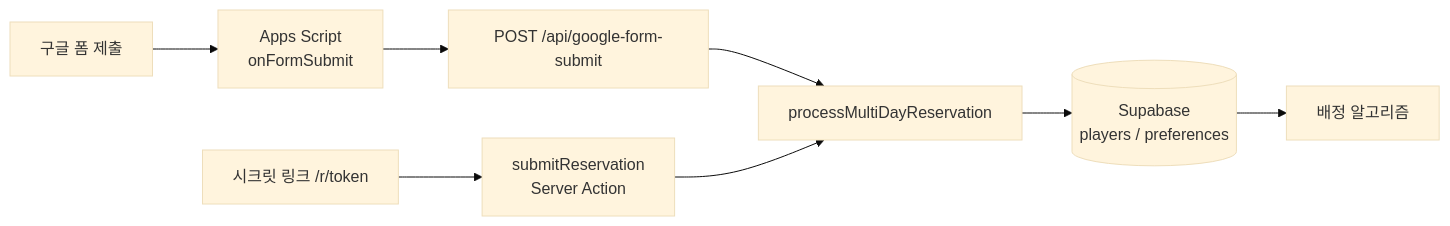
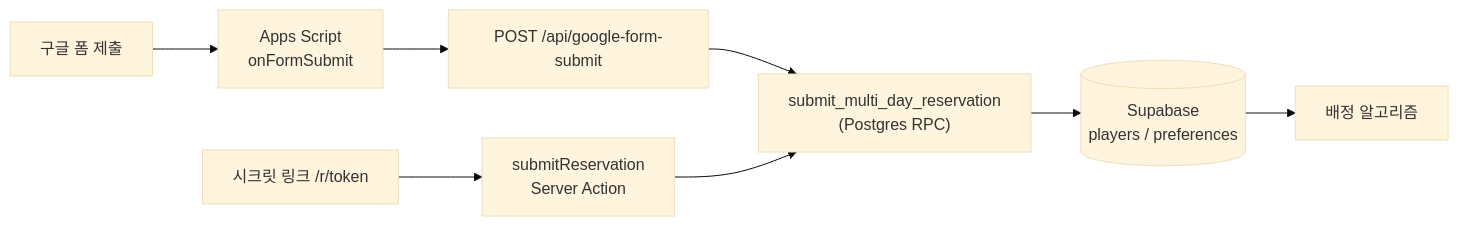
One commit to SxxM131/wos1234 changed the eighth of 8 diagrams in docs/RESERVATION_SYSTEM.md. Above: the diagram before and after it, drawn with Mermaid (base theme). The commit also changed other lines of this file and 3 other files, not shown here.

First line of the commit message:
Update docs: Google Form email collection + RPC submit + audit_log

````diff
--- a/docs/RESERVATION_SYSTEM.md
+++ b/docs/RESERVATION_SYSTEM.md
@@ -554,10 +580,10 @@
 ```mermaid
 flowchart LR
   GF["구글 폼 제출"] --> AS["Apps Script\nonFormSubmit"]
   AS --> WH["POST /api/google-form-submit"]
-  WH --> PMR["processMultiDayReservation"]
+  WH --> RPC["submit_multi_day_reservation\n(Postgres RPC)"]
   RL["시크릿 링크 /r/token"] --> SA["submitReservation\nServer Action"]
-  SA --> PMR
-  PMR --> SB[("Supabase\nplayers / preferences")]
+  SA --> RPC
+  RPC --> SB[("Supabase\nplayers / preferences")]
   SB --> BA["배정 알고리즘"]
 ```
````
